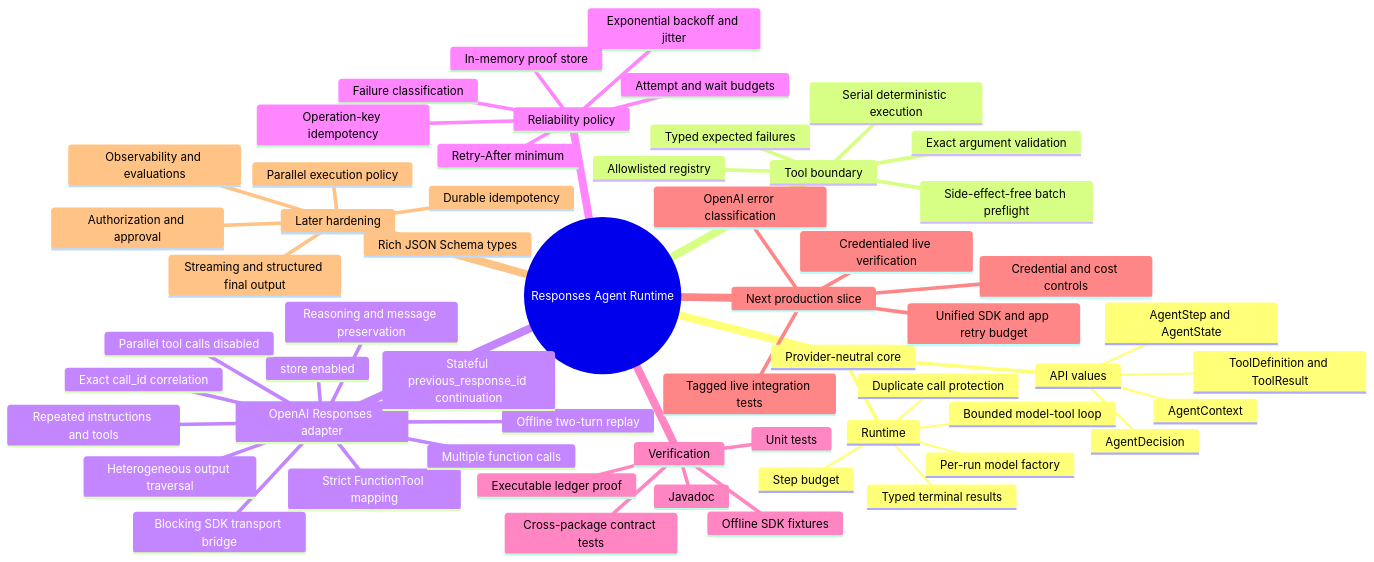
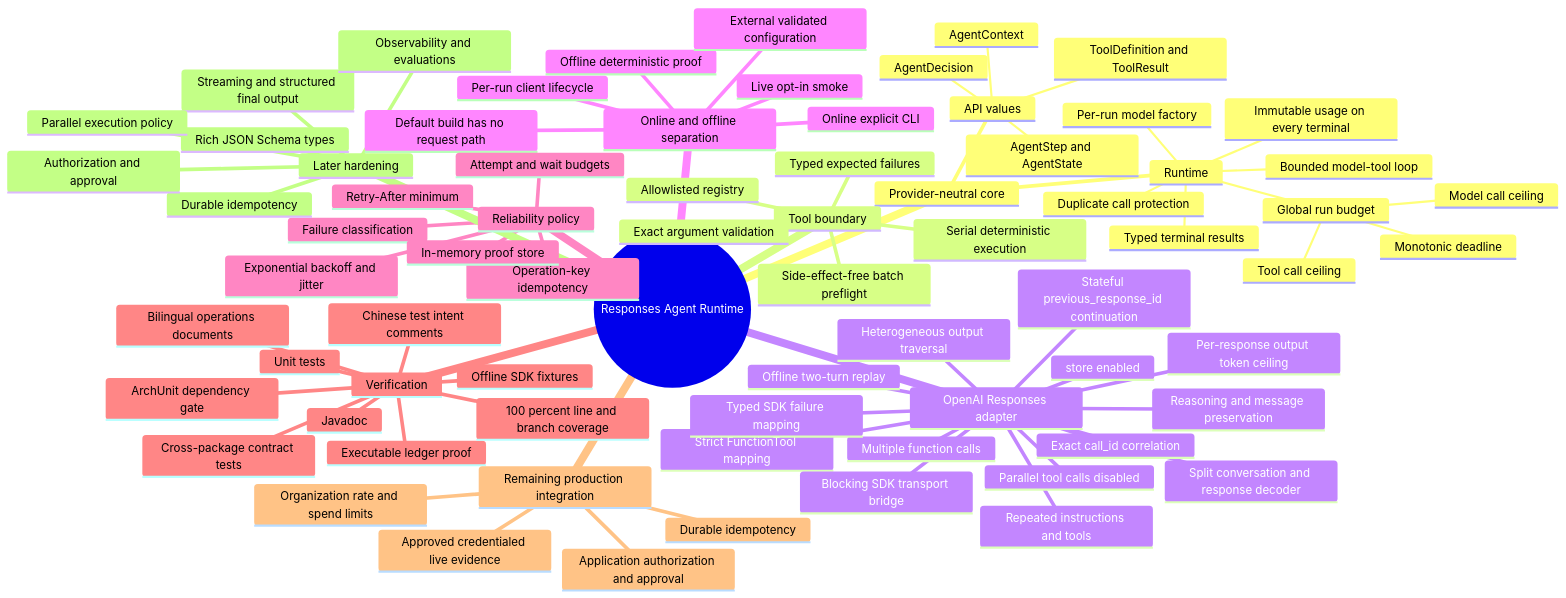
Before and after one commit to jamienlu/pickagent: the first of 2 diagrams in responses-agent-runtime/docs/project-mind-map.md, drawn with Mermaid. The commit also changed other lines of this file and 78 other files, not shown here.

````diff
--- a/responses-agent-runtime/docs/project-mind-map.md
+++ b/responses-agent-runtime/docs/project-mind-map.md
@@ -9,60 +9,77 @@
 ```mermaid
 mindmap
   root((Responses Agent Runtime))
     Provider-neutral core
       API values
         AgentContext
         AgentDecision
         AgentStep and AgentState
         ToolDefinition and ToolResult
       Runtime
         Bounded model-tool loop
         Per-run model factory
         Typed terminal results
         Duplicate call protection
-        Step budget
+        Global run budget
+          Model call ceiling
+          Tool call ceiling
+          Monotonic deadline
+        Immutable usage on every terminal
     Tool boundary
       Allowlisted registry
       Exact argument validation
       Side-effect-free batch preflight
       Serial deterministic execution
       Typed expected failures
     OpenAI Responses adapter
       Strict FunctionTool mapping
       Heterogeneous output traversal
       Multiple function calls
       Reasoning and message preservation
       Exact call_id correlation
       Offline two-turn replay
       Blocking SDK transport bridge
       Stateful previous_response_id continuation
+      Split conversation and response decoder
+      Typed SDK failure mapping
       Repeated instructions and tools
+      Per-response output token ceiling
       store enabled
       Parallel tool calls disabled
+    Online and offline separation
+      Default build has no request path
+      Offline deterministic proof
+      Online explicit CLI
+      Live opt-in smoke
+      External validated configuration
+      Per-run client lifecycle
     Reliability policy
       Failure classification
       Retry-After minimum
       Exponential backoff and jitter
       Attempt and wait budgets
       Operation-key idempotency
       In-memory proof store
     Verification
       Unit tests
       Cross-package contract tests
       Offline SDK fixtures
       Executable ledger proof
       Javadoc
-    Next production slice
-      Credentialed live verification
-      OpenAI error classification
-      Unified SDK and app retry budget
-      Credential and cost controls
-      Tagged live integration tests
+      ArchUnit dependency gate
+      100 percent line and branch coverage
+      Chinese test intent comments
+      Bilingual operations documents
+    Remaining production integration
+      Approved credentialed live evidence
+      Organization rate and spend limits
+      Application authorization and approval
+      Durable idempotency
     Later hardening
       Rich JSON Schema types
       Durable idempotency
       Authorization and approval
       Streaming and structured final output
       Observability and evaluations
       Parallel execution policy
 ```
````
